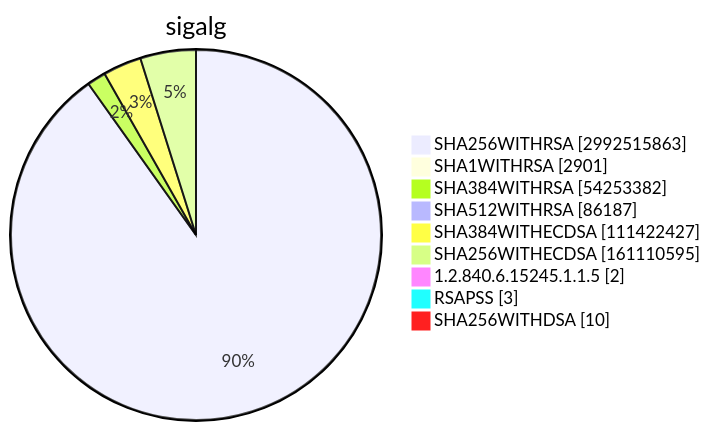
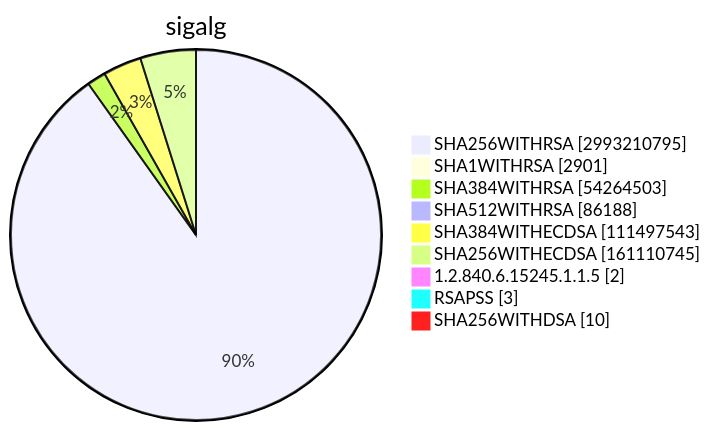
Diagram 15 of 15 in TOTAL/README.md (christiankrug/ctmonitor_visualization), drawn with Mermaid before and after one commit. The commit also changed other lines of this file, not shown here.

````diff
--- a/TOTAL/README.md
+++ b/TOTAL/README.md
@@ -6208,13 +6208,13 @@
 ```mermaid
 pie showData
 title sigalg
-"SHA256WITHRSA" :2992515863
+"SHA256WITHRSA" :2993210795
 "SHA1WITHRSA" :2901
-"SHA384WITHRSA" :54253382
-"SHA512WITHRSA" :86187
-"SHA384WITHECDSA" :111422427
-"SHA256WITHECDSA" :161110595
+"SHA384WITHRSA" :54264503
+"SHA512WITHRSA" :86188
+"SHA384WITHECDSA" :111497543
+"SHA256WITHECDSA" :161110745
 "1.2.840.6.15245.1.1.5" :2
 "RSAPSS" :3
 "SHA256WITHDSA" :10
 ```
````
